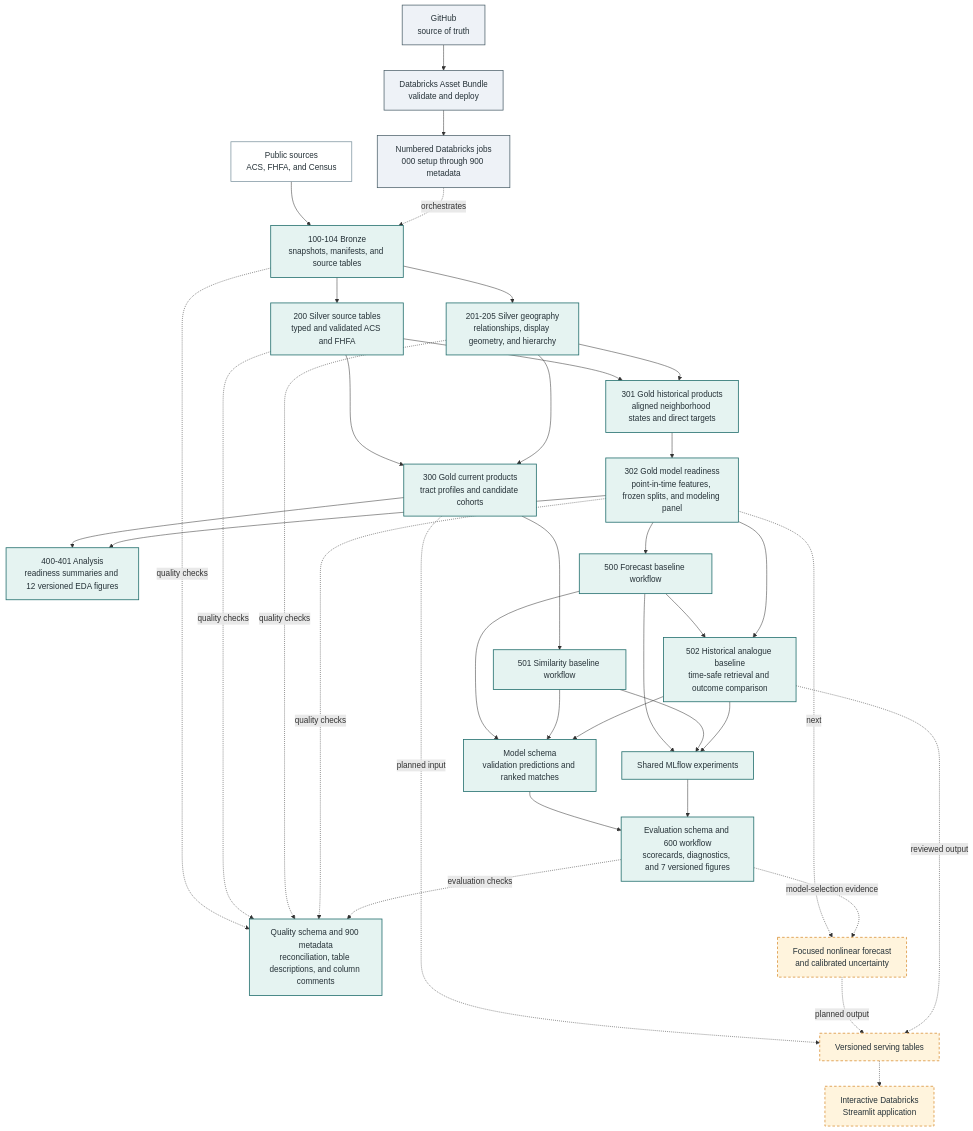
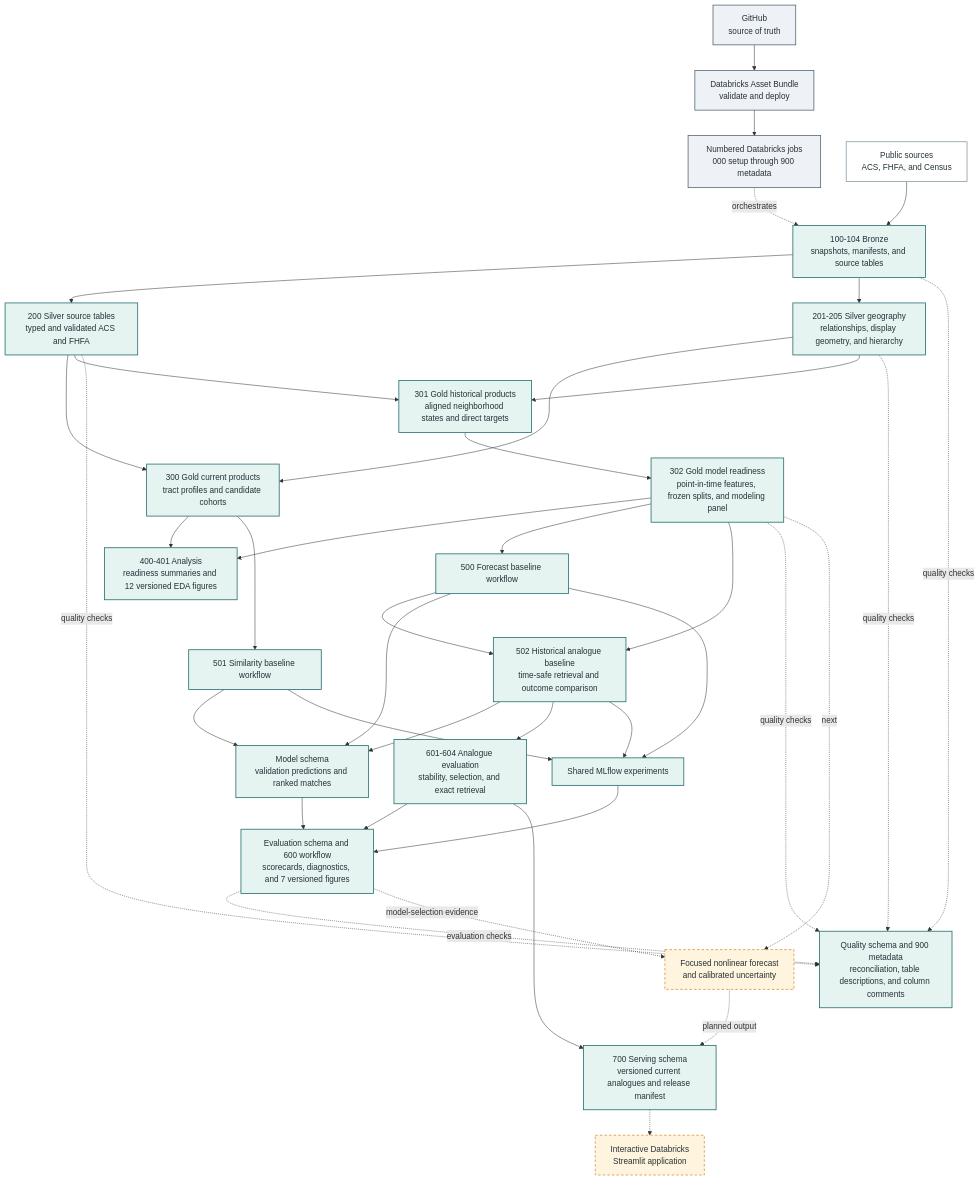
One commit to n-tamm/neighborhood-digital-twin changed the diagram in README.md. Above: the diagram before and after it, drawn with Mermaid. The commit also changed other lines of this file and 4 other files, not shown here.

Commit message:
Recorded the validated analogue serving release

````diff
--- a/README.md
+++ b/README.md
@@ -41,55 +52,56 @@
 ```mermaid
 flowchart TB
     GIT["GitHub<br/>source of truth"] --> DAB["Databricks Asset Bundle<br/>validate and deploy"]
     DAB --> JOBS["Numbered Databricks jobs<br/>000 setup through 900 metadata"]
 
     SRC["Public sources<br/>ACS, FHFA, and Census"] --> B["100-104 Bronze<br/>snapshots, manifests, and source tables"]
     JOBS -.->|orchestrates| B
 
     B --> SS["200 Silver source tables<br/>typed and validated ACS and FHFA"]
     B --> SG["201-205 Silver geography<br/>relationships, display geometry, and hierarchy"]
 
     SS --> GC["300 Gold current products<br/>tract profiles and candidate cohorts"]
     SG --> GC
     SS --> GH["301 Gold historical products<br/>aligned neighborhood states and direct targets"]
     SG --> GH
     GH --> GR["302 Gold model readiness<br/>point-in-time features, frozen splits, and modeling panel"]
 
     GC --> EDA["400-401 Analysis<br/>readiness summaries and 12 versioned EDA figures"]
     GR --> EDA
 
     GR --> FM["500 Forecast baseline workflow"]
     GC --> SM["501 Similarity baseline workflow"]
     FM --> HA["502 Historical analogue baseline<br/>time-safe retrieval and outcome comparison"]
     GR --> HA
     FM --> MO["Model schema<br/>validation predictions and ranked matches"]
     SM --> MO
     HA --> MO
+    HA --> AR["601-604 Analogue evaluation<br/>stability, selection, and exact retrieval"]
     FM --> MLF["Shared MLflow experiments"]
     SM --> MLF
     HA --> MLF
     MO --> EV["Evaluation schema and 600 workflow<br/>scorecards, diagnostics, and 7 versioned figures"]
+    AR --> EV
     MLF --> EV
 
     B -.->|quality checks| QM["Quality schema and 900 metadata<br/>reconciliation, table descriptions, and column comments"]
     SS -.->|quality checks| QM
     SG -.->|quality checks| QM
     GR -.->|quality checks| QM
     EV -.->|evaluation checks| QM
 
     GR -.->|next| NF["Focused nonlinear forecast<br/>and calibrated uncertainty"]
     EV -.->|model-selection evidence| NF
-    GC -.->|planned input| SV["Versioned serving tables"]
+    AR --> SV["700 Serving schema<br/>versioned current analogues and release manifest"]
     NF -.->|planned output| SV
-    HA -.->|reviewed output| SV
     SV -.-> APP["Interactive Databricks<br/>Streamlit application"]
 
     classDef control fill:#EEF2F7,stroke:#455A64,color:#263238,stroke-width:1.4px;
     classDef source fill:#FFFFFF,stroke:#78909C,color:#263238,stroke-width:1.4px;
     classDef implemented fill:#E5F3F1,stroke:#287271,color:#263238,stroke-width:1.6px;
     classDef planned fill:#FFF4DD,stroke:#D99035,color:#263238,stroke-width:1.5px,stroke-dasharray:5 4;
     class GIT,DAB,JOBS control;
     class SRC source;
-    class B,SS,SG,GC,GH,GR,EDA,FM,SM,HA,MO,MLF,EV,QM implemented;
-    class NF,SV,APP planned;
+    class B,SS,SG,GC,GH,GR,EDA,FM,SM,HA,AR,MO,MLF,EV,QM,SV implemented;
+    class NF,APP planned;
 ```
````
